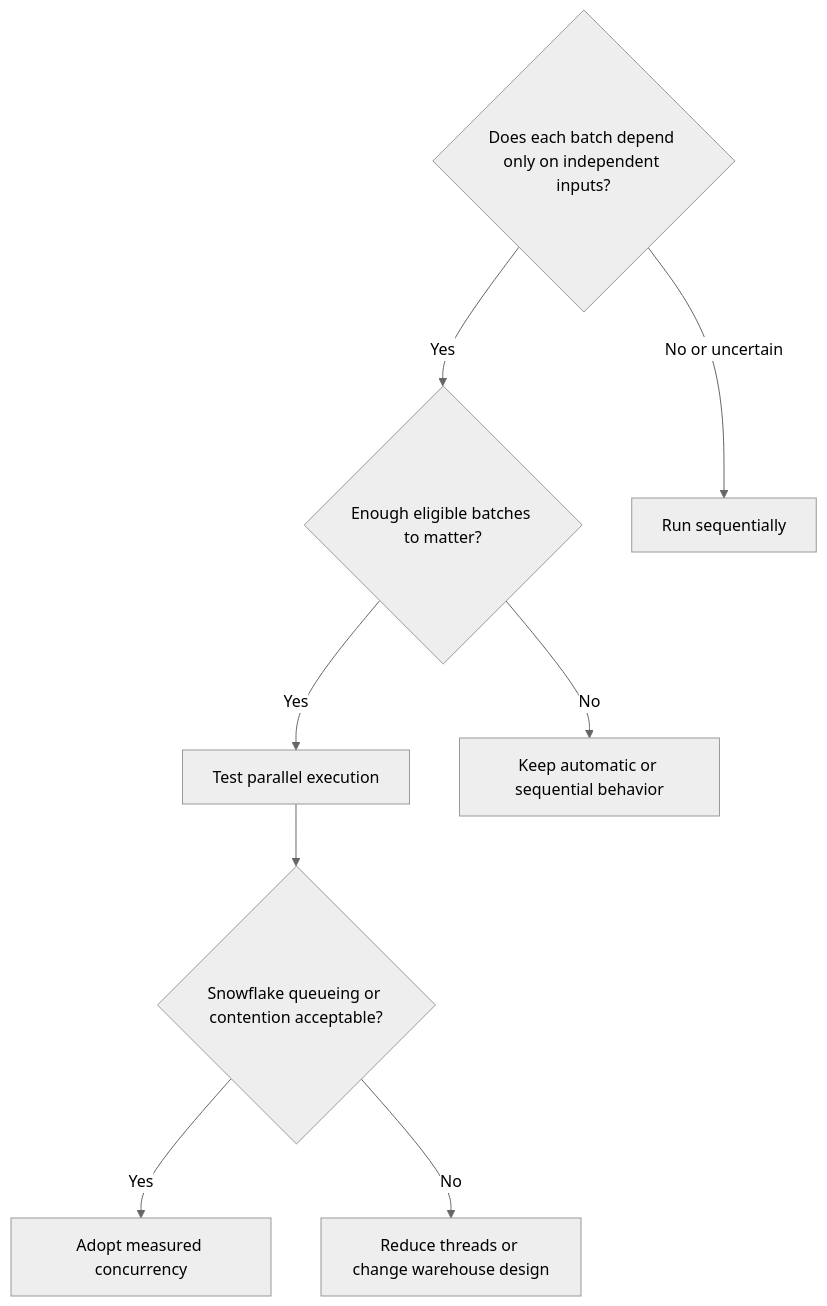
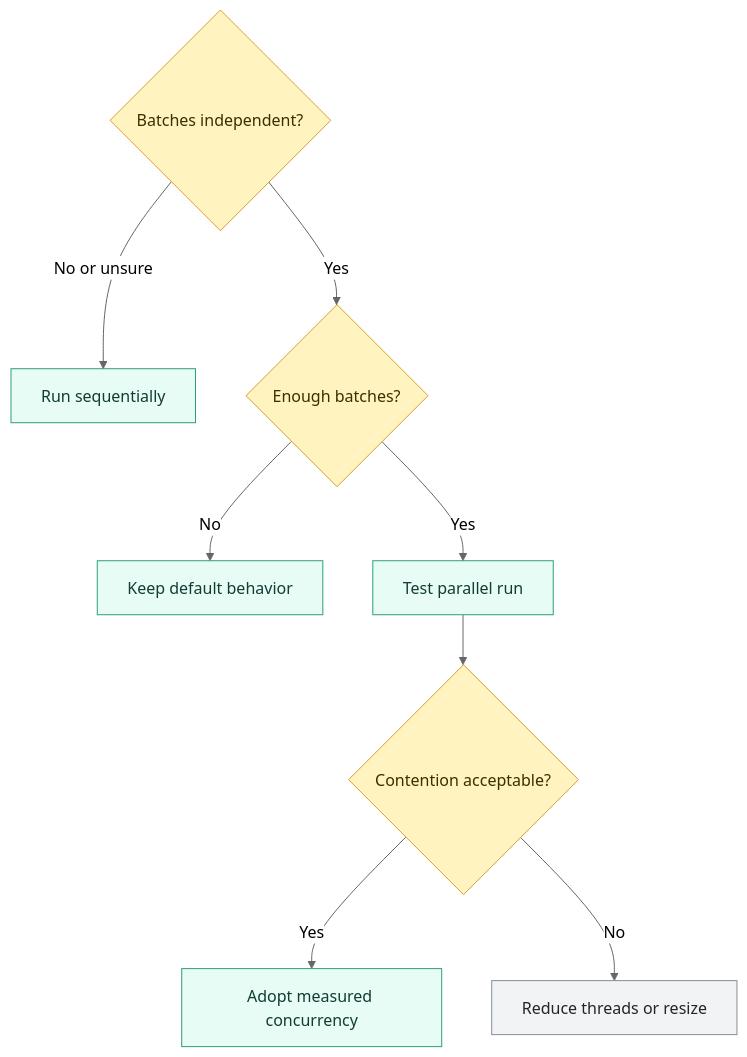
The second of 2 diagrams in 02 dbt/04 Incremental Processing and Performance/34 Parallel Microbatch Execution.md (shonningsoy/Upskill), drawn with Mermaid (neutral theme) before and after one commit. The commit also changed other lines of this file and 31 other files, not shown here.

````diff
--- a/02 dbt/04 Incremental Processing and Performance/34 Parallel Microbatch Execution.md
+++ b/02 dbt/04 Incremental Processing and Performance/34 Parallel Microbatch Execution.md
@@ -92,11 +105,20 @@
 ```mermaid
 flowchart TD
-    A{Does each batch depend only on independent inputs?}
-    A -->|Yes| B{Enough eligible batches to matter?}
-    A -->|No or uncertain| C[Run sequentially]
-    B -->|Yes| D[Test parallel execution]
-    B -->|No| E[Keep automatic or sequential behavior]
-    D --> F{Snowflake queueing or contention acceptable?}
+    A{Batches independent?}
+    A -->|No or unsure| B[Run sequentially]
+    A -->|Yes| C{Enough batches?}
+    C -->|No| D[Keep default behavior]
+    C -->|Yes| E[Test parallel run]
+    E --> F{Contention acceptable?}
     F -->|Yes| G[Adopt measured concurrency]
-    F -->|No| H[Reduce threads or change warehouse design]
+    F -->|No| H[Reduce threads or resize]
+
+    classDef input fill:#E8F0FE,stroke:#4C6EF5,color:#172B4D
+    classDef control fill:#FFF3BF,stroke:#D69E2E,color:#3D2E00
+    classDef dbt fill:#E6FCF5,stroke:#2F9E7B,color:#123C34
+    classDef platform fill:#F1F3F5,stroke:#868E96,color:#212529
+    classDef output fill:#F3E8FF,stroke:#805AD5,color:#2D1B4E
+    class A,C,F control
+    class B,D,E,G dbt
+    class H platform
 ```
````
